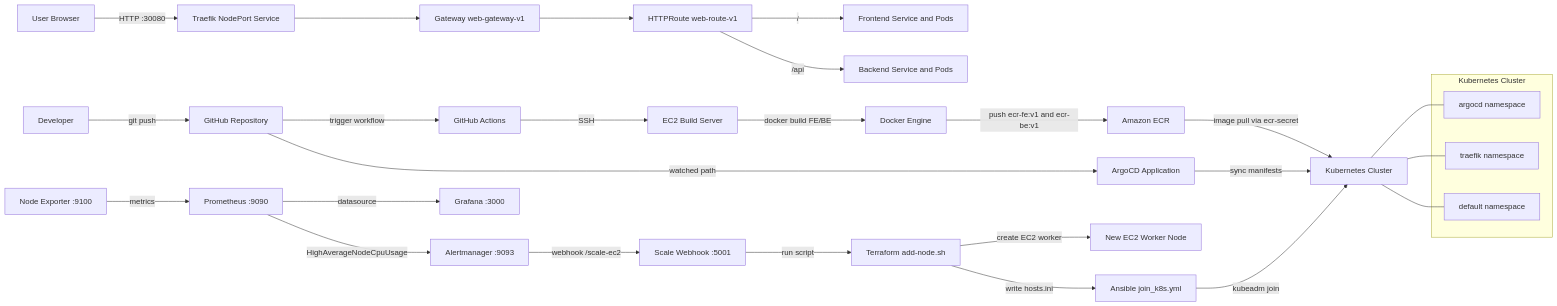
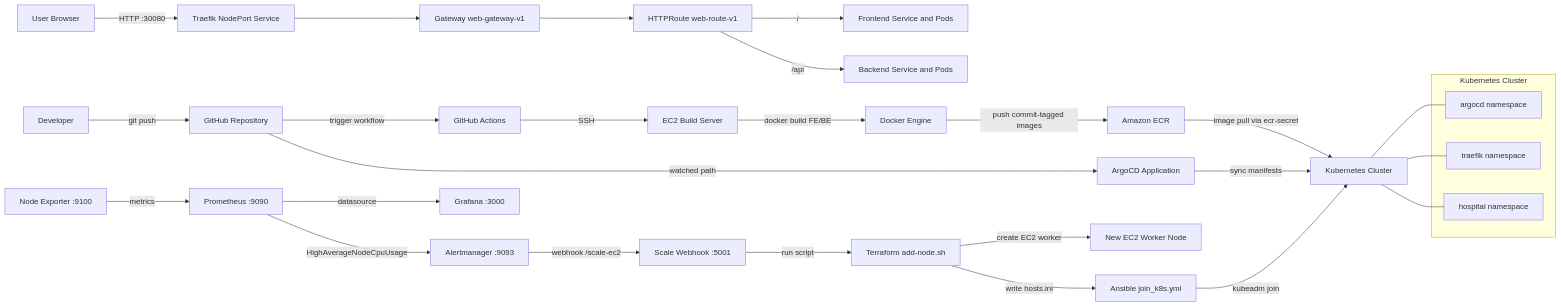
The diagram in README.md (kien-devops/cicd-ecr-kube-ec2-gitaction), drawn with Mermaid before and after one commit. The commit also changed other lines of this file and 372 other files, not shown here.

````diff
--- a/README.md
+++ b/README.md
@@ -19,39 +19,39 @@
 ```mermaid
 flowchart LR
     Dev[Developer] -->|git push| GitHub[GitHub Repository]
 
     GitHub -->|trigger workflow| Actions[GitHub Actions]
     Actions -->|SSH| BuildEC2[EC2 Build Server]
     BuildEC2 -->|docker build FE/BE| Docker[Docker Engine]
-    Docker -->|push ecr-fe:v1 and ecr-be:v1| ECR[Amazon ECR]
+    Docker -->|push commit-tagged images| ECR[Amazon ECR]
 
     GitHub -->|watched path| ArgoCD[ArgoCD Application]
     ArgoCD -->|sync manifests| K8s[Kubernetes Cluster]
 
     ECR -->|image pull via ecr-secret| K8s
 
     User[User Browser] -->|HTTP :30080| TraefikSvc[Traefik NodePort Service]
     TraefikSvc --> Gateway[Gateway web-gateway-v1]
     Gateway --> Route[HTTPRoute web-route-v1]
     Route -->|/| FE[Frontend Service and Pods]
     Route -->|/api| BE[Backend Service and Pods]
 
     NodeExporter[Node Exporter :9100] -->|metrics| Prometheus[Prometheus :9090]
     Prometheus -->|datasource| Grafana[Grafana :3000]
     Prometheus -->|HighAverageNodeCpuUsage| Alertmanager[Alertmanager :9093]
     Alertmanager -->|webhook /scale-ec2| ScaleWebhook[Scale Webhook :5001]
     ScaleWebhook -->|run script| Terraform[Terraform add-node.sh]
     Terraform -->|create EC2 worker| NewWorker[New EC2 Worker Node]
     Terraform -->|write hosts.ini| Ansible[Ansible join_k8s.yml]
     Ansible -->|kubeadm join| K8s
 
     subgraph Cluster[Kubernetes Cluster]
         ArgoNS[argocd namespace]
         TraefikNS[traefik namespace]
-        DefaultNS[default namespace]
+        HospitalNS[hospital namespace]
     end
 
     K8s --- ArgoNS
     K8s --- TraefikNS
-    K8s --- DefaultNS
+    K8s --- HospitalNS
 ```
````
